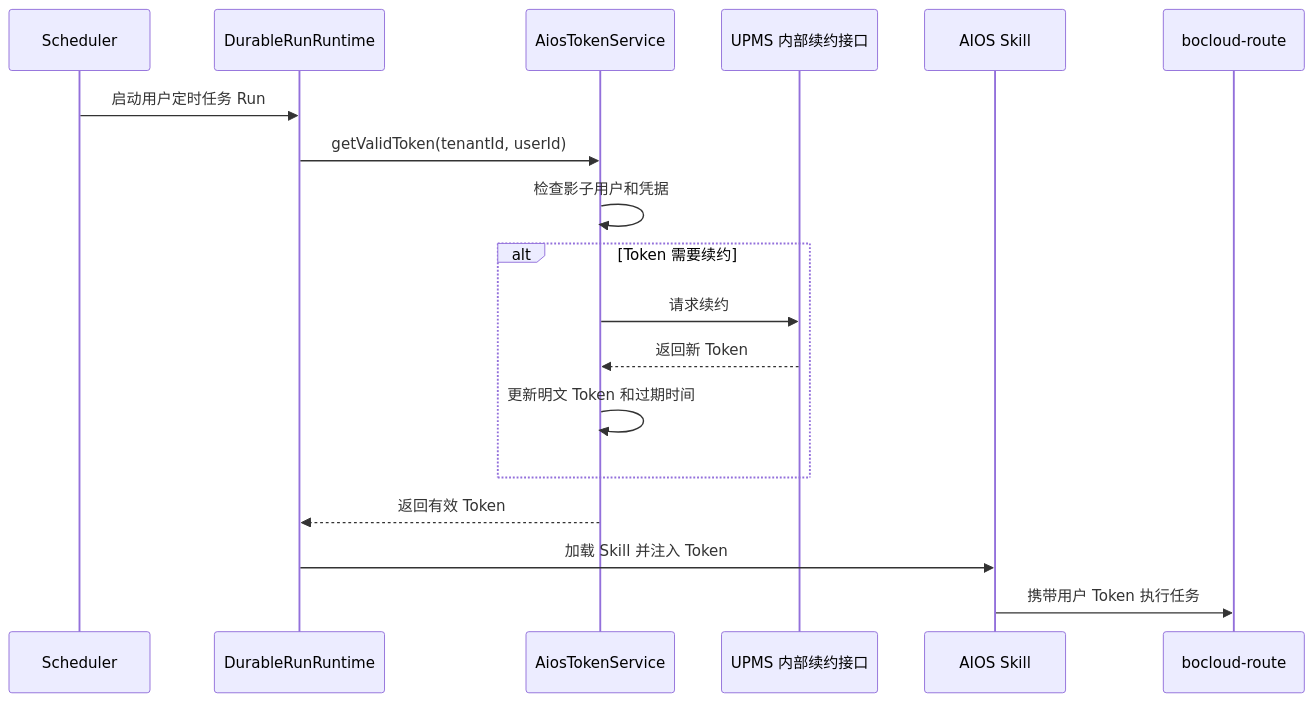
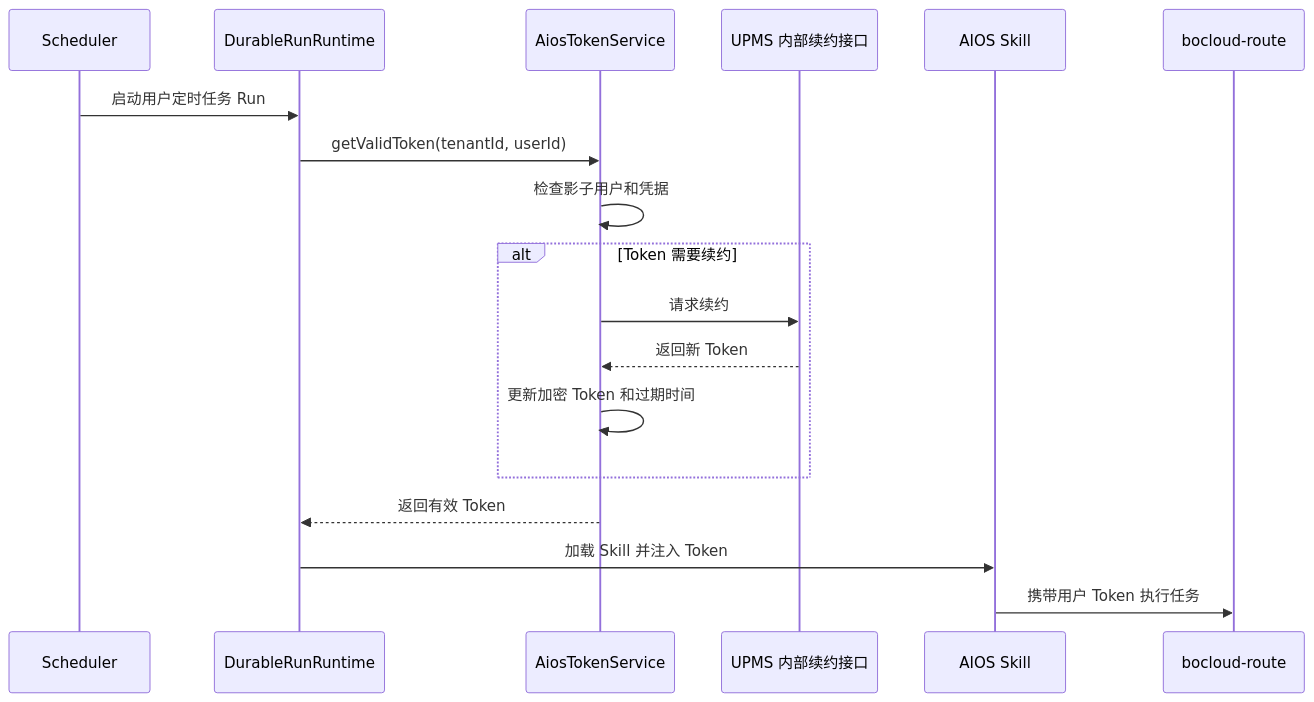
The fourth of 5 diagrams in docs/design/14-aios-unified-auth.md (Wpxknight/agentdemo), drawn with Mermaid before and after one commit. The commit also changed other lines of this file and 55 other files, not shown here.

````diff
--- a/docs/design/14-aios-unified-auth.md
+++ b/docs/design/14-aios-unified-auth.md
@@ -282,21 +286,21 @@
 ```mermaid
 sequenceDiagram
   participant S as Scheduler
   participant R as DurableRunRuntime
   participant T as AiosTokenService
   participant P as UPMS 内部续约接口
   participant K as AIOS Skill
   participant B as bocloud-route
 
   S->>R: 启动用户定时任务 Run
   R->>T: getValidToken(tenantId, userId)
   T->>T: 检查影子用户和凭据
   alt Token 需要续约
     T->>P: 请求续约
     P-->>T: 返回新 Token
-    T->>T: 更新明文 Token 和过期时间
+    T->>T: 更新加密 Token 和过期时间
   end
   T-->>R: 返回有效 Token
   R->>K: 加载 Skill 并注入 Token
   K->>B: 携带用户 Token 执行任务
 ```
````
